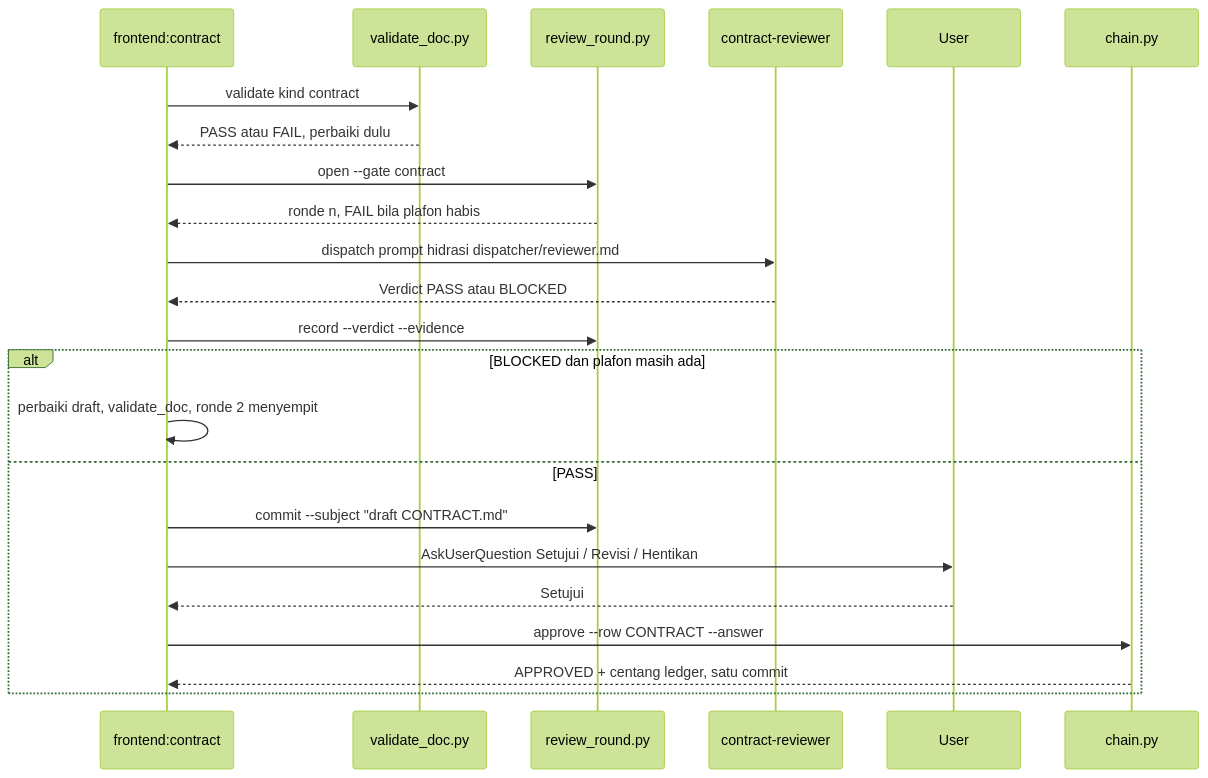
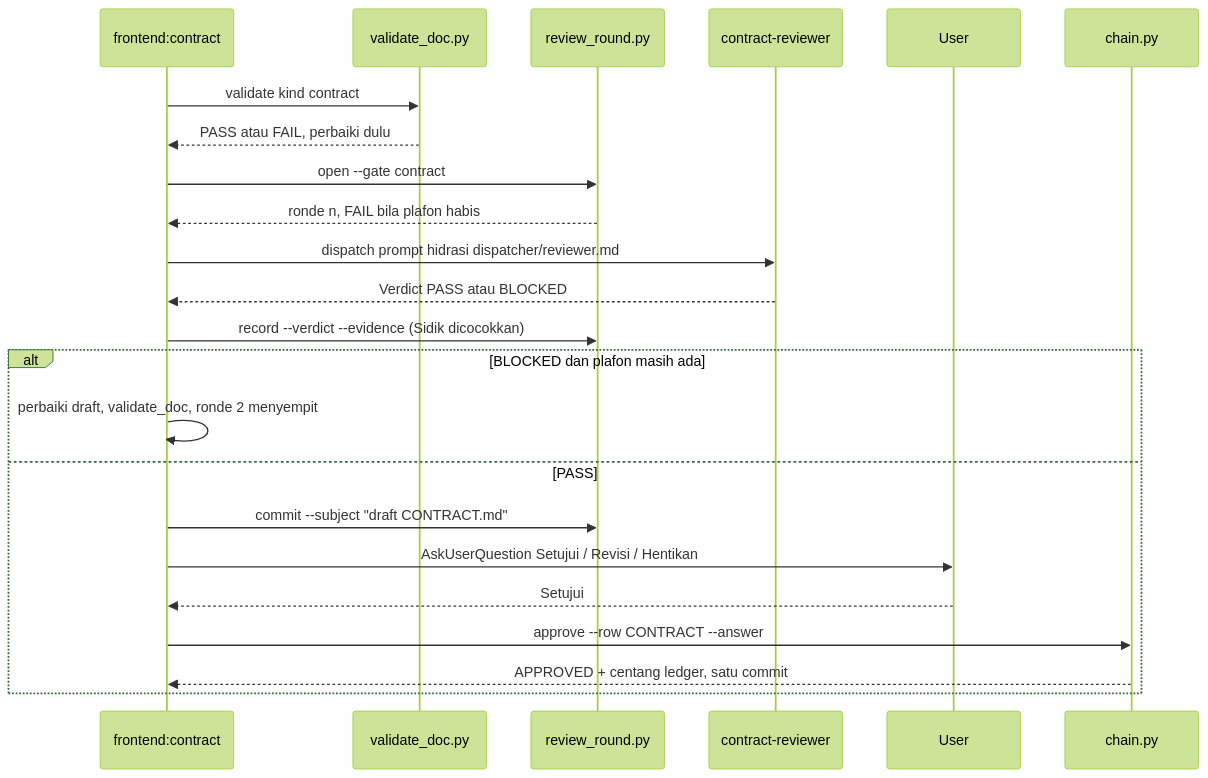
One commit to nataflow/agentic-workflow changed the third of 8 diagrams in flow/frontend.md. Above: the diagram before and after it, drawn with Mermaid (forest theme). The commit also changed other lines of this file and 25 other files, not shown here.

````diff
--- a/flow/frontend.md
+++ b/flow/frontend.md
@@ -313,25 +318,25 @@
 ```mermaid
 sequenceDiagram
     participant C as frontend:contract
     participant V as validate_doc.py
     participant RR as review_round.py
     participant CR as contract-reviewer
     participant U as User
     participant CH as chain.py
     C->>V: validate kind contract
     V-->>C: PASS atau FAIL, perbaiki dulu
     C->>RR: open --gate contract
     RR-->>C: ronde n, FAIL bila plafon habis
     C->>CR: dispatch prompt hidrasi dispatcher/reviewer.md
     CR-->>C: Verdict PASS atau BLOCKED
-    C->>RR: record --verdict --evidence
+    C->>RR: record --verdict --evidence (Sidik dicocokkan)
     alt BLOCKED dan plafon masih ada
         C->>C: perbaiki draft, validate_doc, ronde 2 menyempit
     else PASS
         C->>RR: commit --subject "draft CONTRACT.md"
         C->>U: AskUserQuestion Setujui / Revisi / Hentikan
         U-->>C: Setujui
         C->>CH: approve --row CONTRACT --answer
         CH-->>C: APPROVED + centang ledger, satu commit
     end
 ```
````
